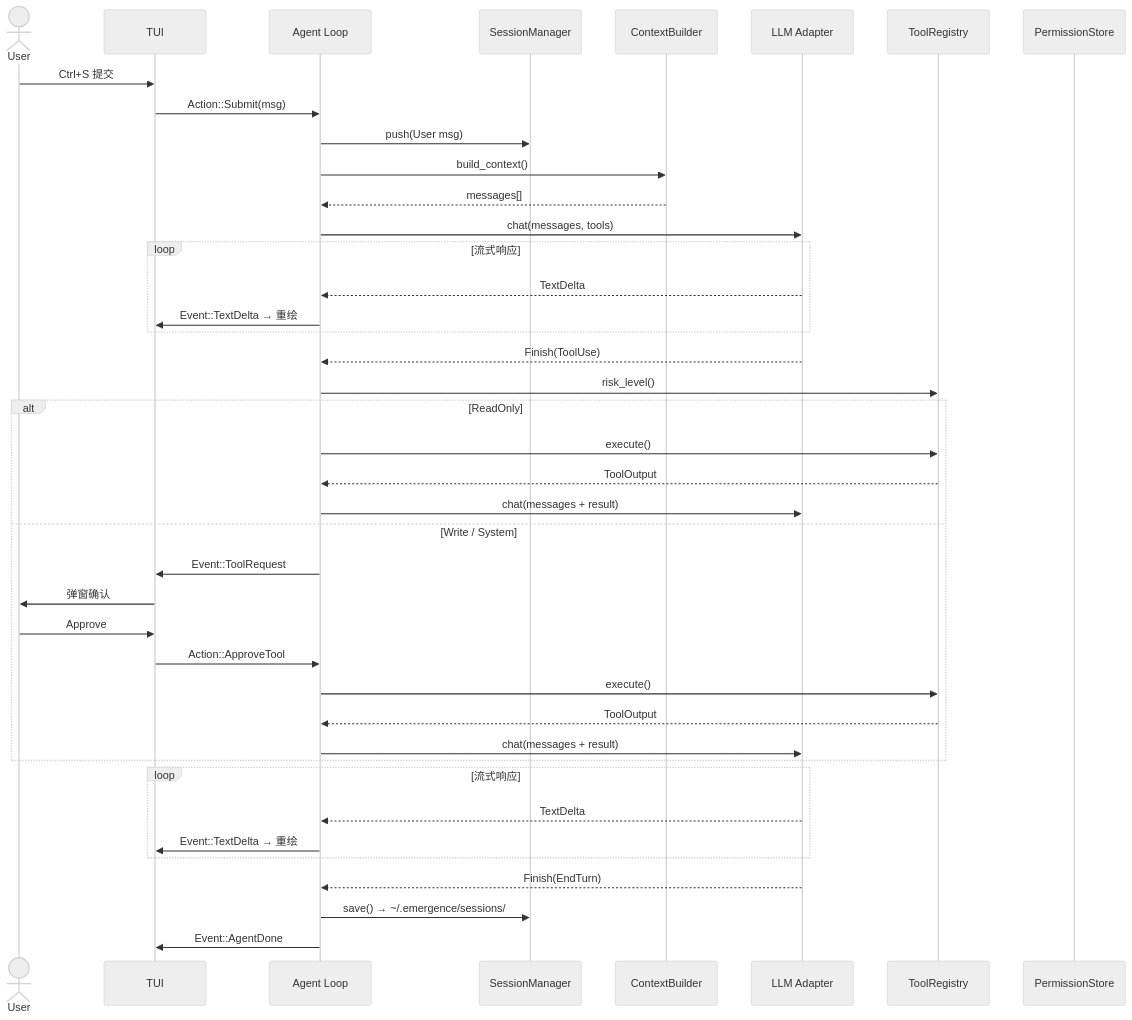
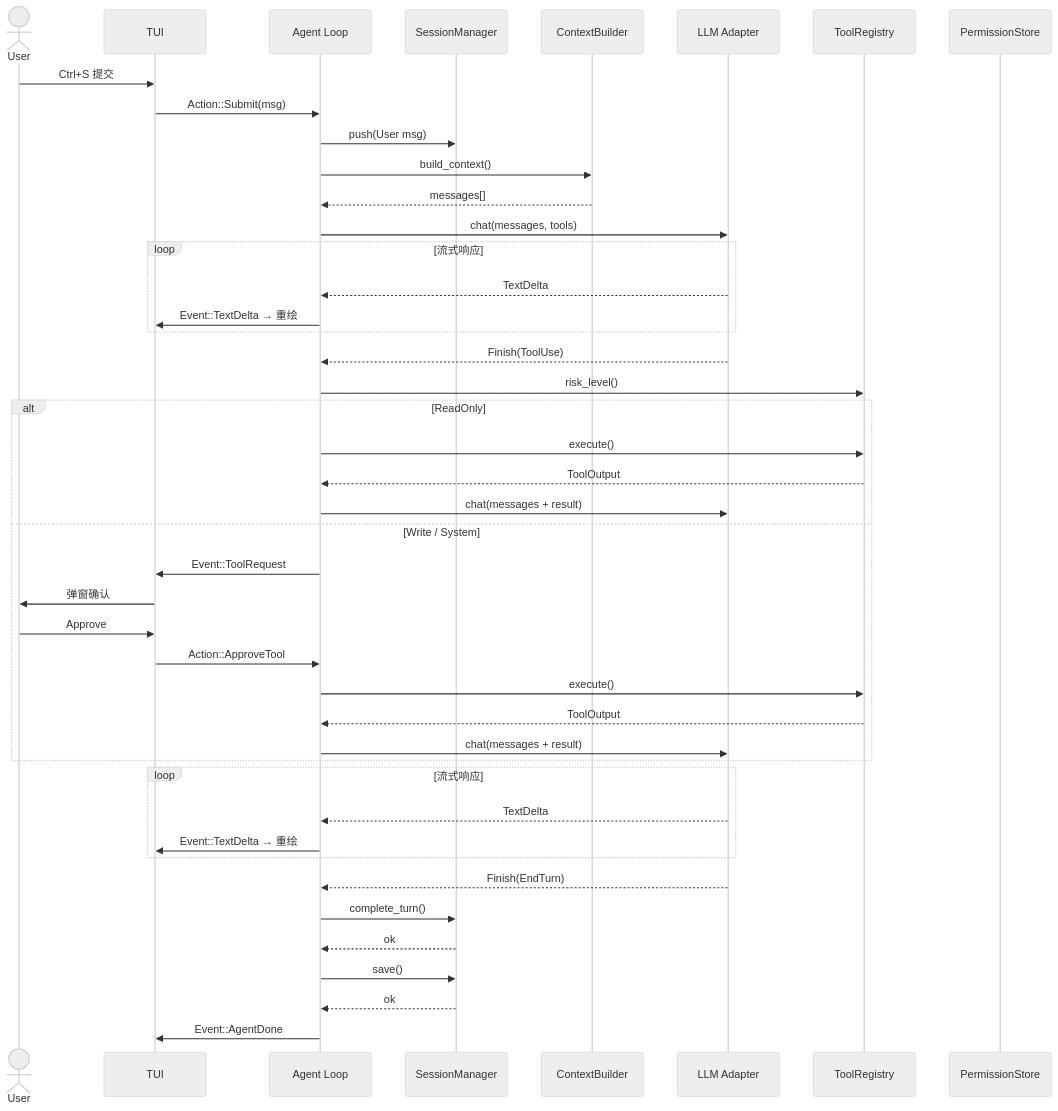
One commit to CheneyYin/emergence changed diagram 12 of 14 in docs/superpowers/specs/2026-05-04-emergence-design.md. Above: the diagram before and after it, drawn with Mermaid (neutral theme). The commit also changed other lines of this file, not shown here.

Commit message:
fix: add missing SM responses for complete_turn() and save() in sequence diagrams

````diff
--- a/docs/superpowers/specs/2026-05-04-emergence-design.md
+++ b/docs/superpowers/specs/2026-05-04-emergence-design.md
@@ -754,49 +757,52 @@
 ```mermaid
 sequenceDiagram
     actor User
     participant TUI as TUI
     participant App as Agent Loop
     participant SM as SessionManager
     participant CB as ContextBuilder
     participant LLM as LLM Adapter
     participant TR as ToolRegistry
     participant PS as PermissionStore
 
     User->>TUI: Ctrl+S 提交
     TUI->>App: Action::Submit(msg)
     App->>SM: push(User msg)
     App->>CB: build_context()
     CB-->>App: messages[]
     App->>LLM: chat(messages, tools)
 
     loop 流式响应
         LLM-->>App: TextDelta
         App->>TUI: Event::TextDelta → 重绘
     end
 
     LLM-->>App: Finish(ToolUse)
     App->>TR: risk_level()
 
     alt ReadOnly
         App->>TR: execute()
         TR-->>App: ToolOutput
         App->>LLM: chat(messages + result)
     else Write / System
         App->>TUI: Event::ToolRequest
         TUI->>User: 弹窗确认
         User->>TUI: Approve
         TUI->>App: Action::ApproveTool
         App->>TR: execute()
         TR-->>App: ToolOutput
         App->>LLM: chat(messages + result)
     end
 
     loop 流式响应
         LLM-->>App: TextDelta
         App->>TUI: Event::TextDelta → 重绘
     end
 
     LLM-->>App: Finish(EndTurn)
-    App->>SM: save() → ~/.emergence/sessions/
+    App->>SM: complete_turn()
+    SM-->>App: ok
+    App->>SM: save()
+    SM-->>App: ok
     App->>TUI: Event::AgentDone
 ```
````
